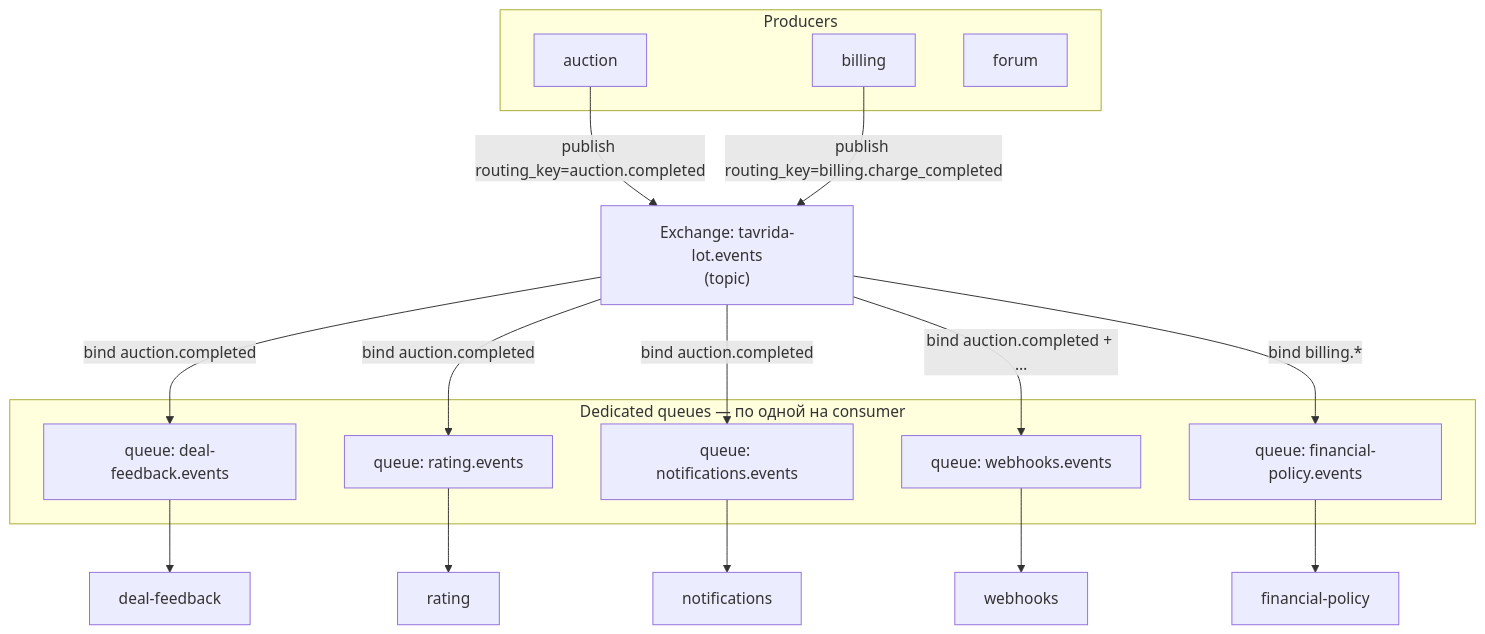
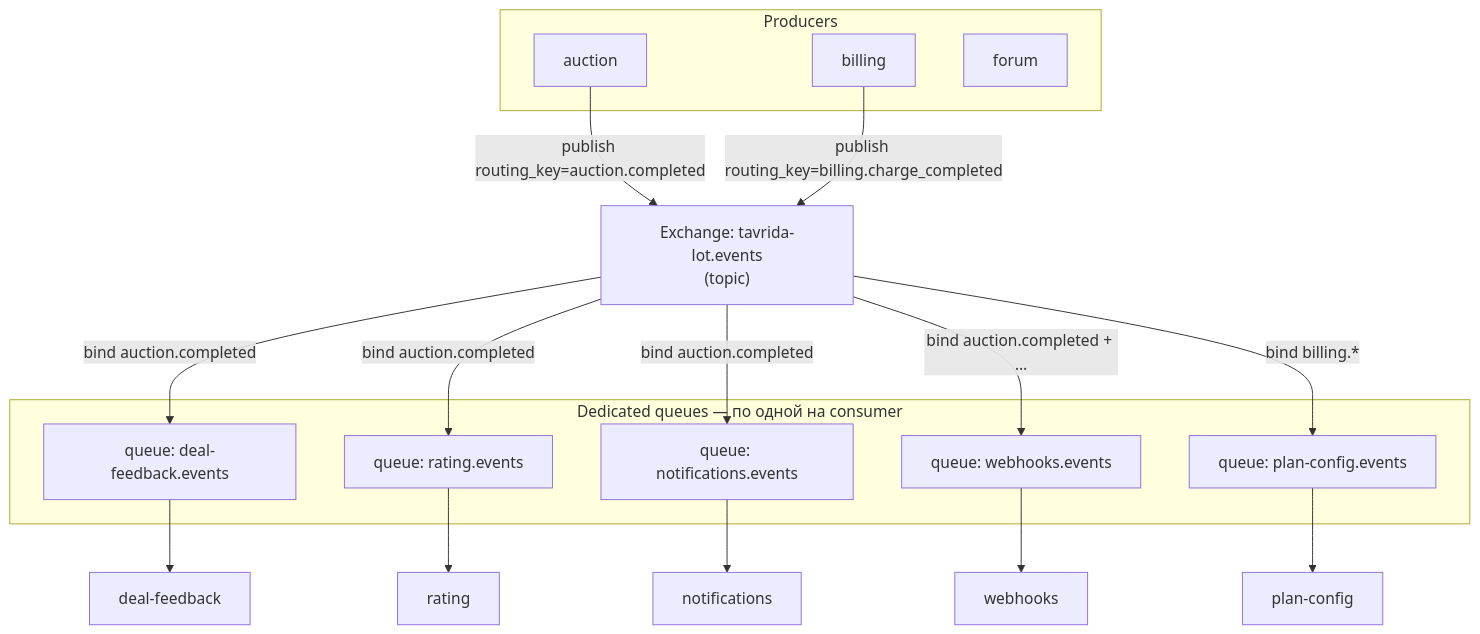
Before and after one commit to andrewb76/tavrida: the first of 4 diagrams in docs/03-architecture/messaging.md, drawn with Mermaid. The commit also changed other lines of this file and 86 other files, not shown here.

First line of the commit message:
docs(config): align on plan-config/scalar-config and semantic plan keys.

````diff
--- a/docs/03-architecture/messaging.md
+++ b/docs/03-architecture/messaging.md
@@ -22,33 +22,33 @@
 ```mermaid
 flowchart TB
     subgraph producers [Producers]
         A[auction]
         B[billing]
         F[forum]
     end
 
     EX["Exchange: tavrida-lot.events<br/>(topic)"]
 
     subgraph queues [Dedicated queues — по одной на consumer]
         Q1["queue: deal-feedback.events"]
         Q2["queue: rating.events"]
         Q3["queue: notifications.events"]
         Q4["queue: webhooks.events"]
-        Q5["queue: financial-policy.events"]
+        Q5["queue: plan-config.events"]
     end
 
     A -->|"publish routing_key=auction.completed"| EX
     B -->|"publish routing_key=billing.charge_completed"| EX
 
     EX -->|"bind auction.completed"| Q1
     EX -->|"bind auction.completed"| Q2
     EX -->|"bind auction.completed"| Q3
     EX -->|"bind auction.completed + …"| Q4
     EX -->|"bind billing.*"| Q5
 
     Q1 --> DF[deal-feedback]
     Q2 --> R[rating]
     Q3 --> N[notifications]
     Q4 --> W[webhooks]
-    Q5 --> FP[financial-policy]
+    Q5 --> PC[plan-config]
 ```
````
